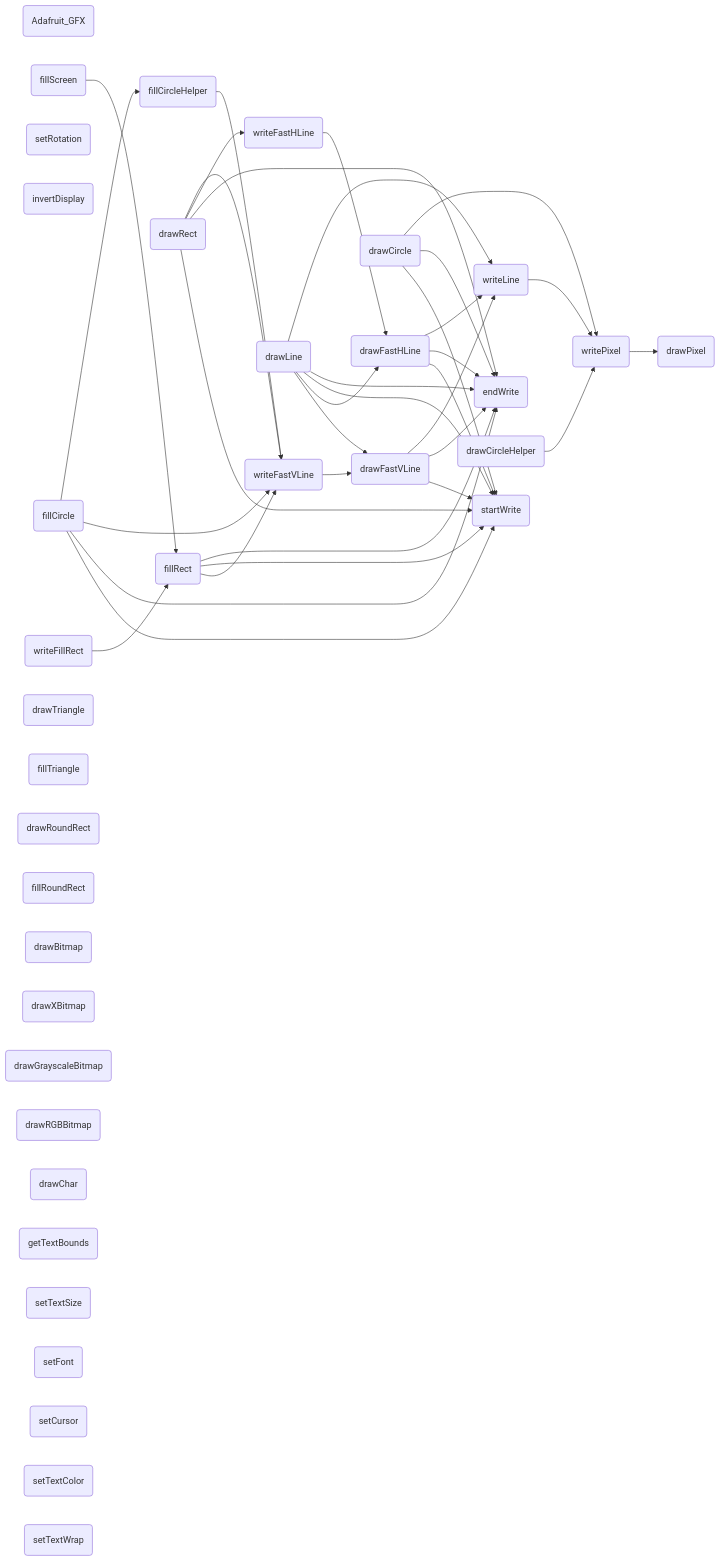
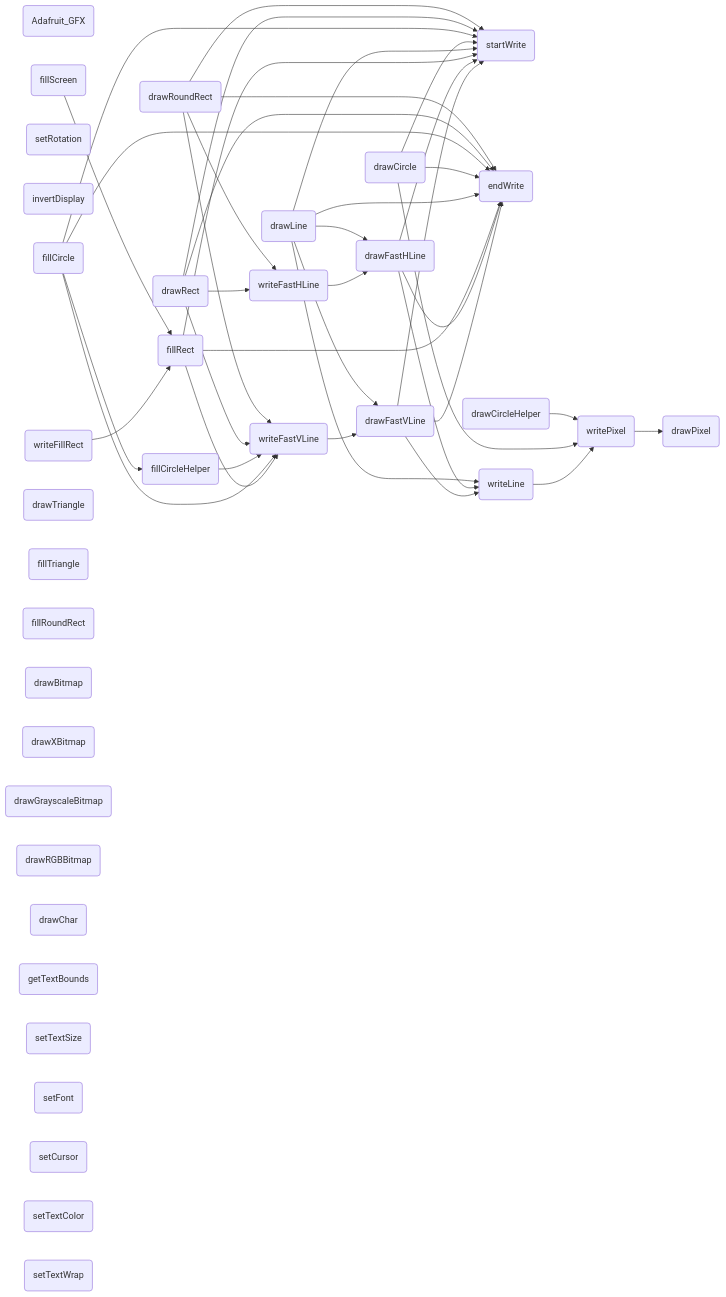
The diagram in all/未命名.md (icodezhanglei/iodraw-files), drawn with Mermaid before and after one commit.

Commit message:
2024-09-13 18:34:11 update

````diff
--- a/all/未命名.md
+++ b/all/未命名.md
@@ -1,61 +1,61 @@
 ```mermaid
 flowchart LR
 Adafruit_GF(Adafruit_GFX)
 drawPixel(drawPixel)
 startWrite(startWrite)
 endWrite(endWrite)
 writePixel(writePixel)
 writeFillRect(writeFillRect)
 writeFastVLine(writeFastVLine)
 writeFastHLine(writeFastHLine)
 writeLine(writeLine)
 setRotation(setRotation)
 invertDisplay(invertDisplay)
 drawFastVLine(drawFastVLine)
 drawFastHLine(drawFastHLine)
 fillRect(fillRect)
 fillScreen(fillScreen)
 drawLine(drawLine)
 drawRect(drawRect)
 drawCircle(drawCircle)
 drawCircleHelper(drawCircleHelper)
 fillCircle(fillCircle)
 fillCircleHelper(fillCircleHelper)
 drawTriangle(drawTriangle)
 fillTriangle(fillTriangle)
 drawRoundRect(drawRoundRect)
 fillRoundRect(fillRoundRect)
 drawBitmap(drawBitmap)
 drawXBitmap(drawXBitmap)
 drawGrayscaleBitmap(drawGrayscaleBitmap)
 drawRGBBitmap(drawRGBBitmap)
 drawChar(drawChar)
 getTextBounds(getTextBounds)
 setTextSize(setTextSize)
 setFont(setFont)
 setCursor(setCursor)
 setTextColor(setTextColor)
 setTextWrap(setTextWrap)
 
 writeLine --> writePixel --> drawPixel
 
 writeFastVLine --> drawFastVLine --> startWrite & endWrite
 drawFastVLine --> writeLine
 
 writeFastHLine --> drawFastHLine --> startWrite & endWrite
 drawFastHLine --> writeLine
 
 writeFillRect --> fillRect --> writeFastVLine & startWrite & endWrite
 
 fillScreen --> fillRect
 drawLine --> drawFastVLine & drawFastHLine & startWrite & endWrite & writeLine
 drawCircle --> startWrite & endWrite & writePixel
 drawCircleHelper --> writePixel
 fillCircle --> startWrite & endWrite & writeFastVLine & fillCircleHelper
 fillCircleHelper --> writeFastVLine
 drawRect --> startWrite & endWrite & writeFastHLine & writeFastVLine
-drawRoundRect
+drawRoundRect --> startWrite & endWrite & writeFastHLine & writeFastVLine
 
 
 
 ```
````
